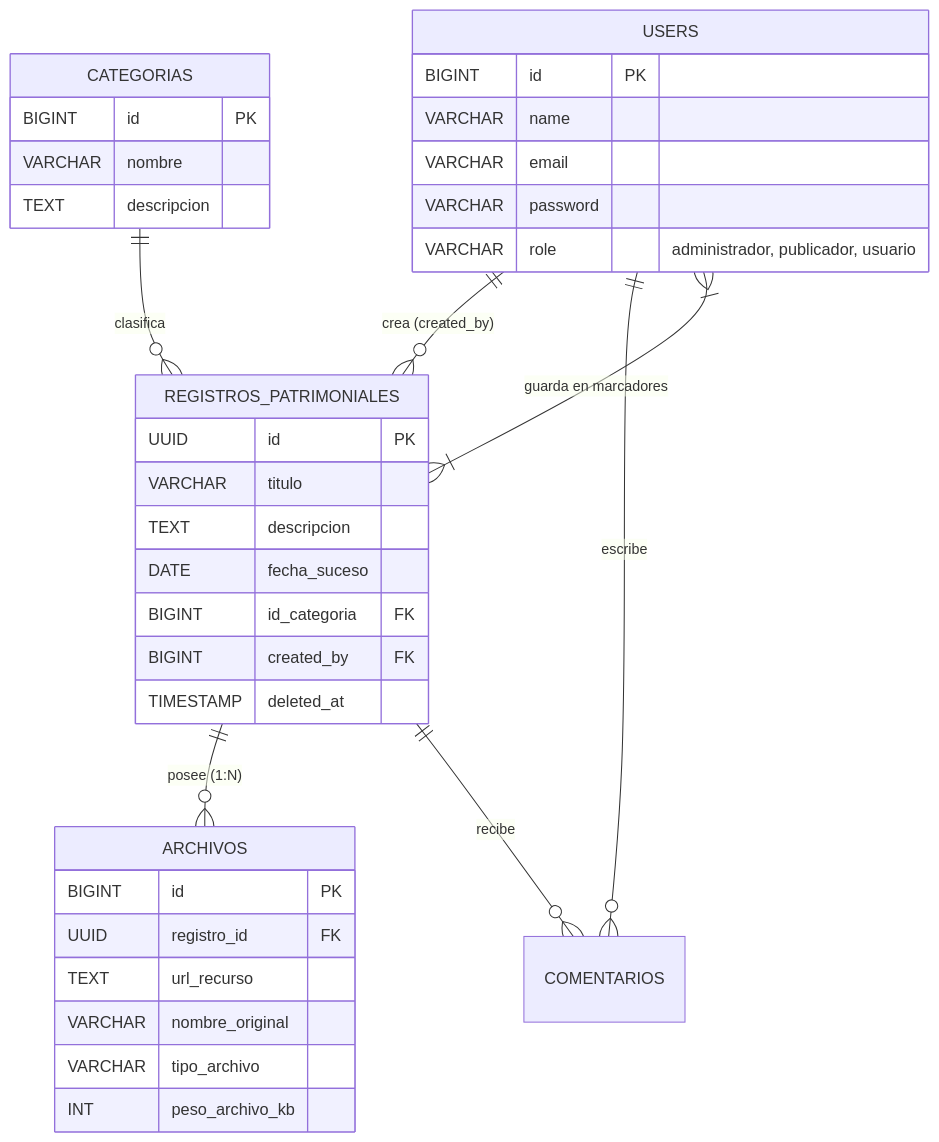
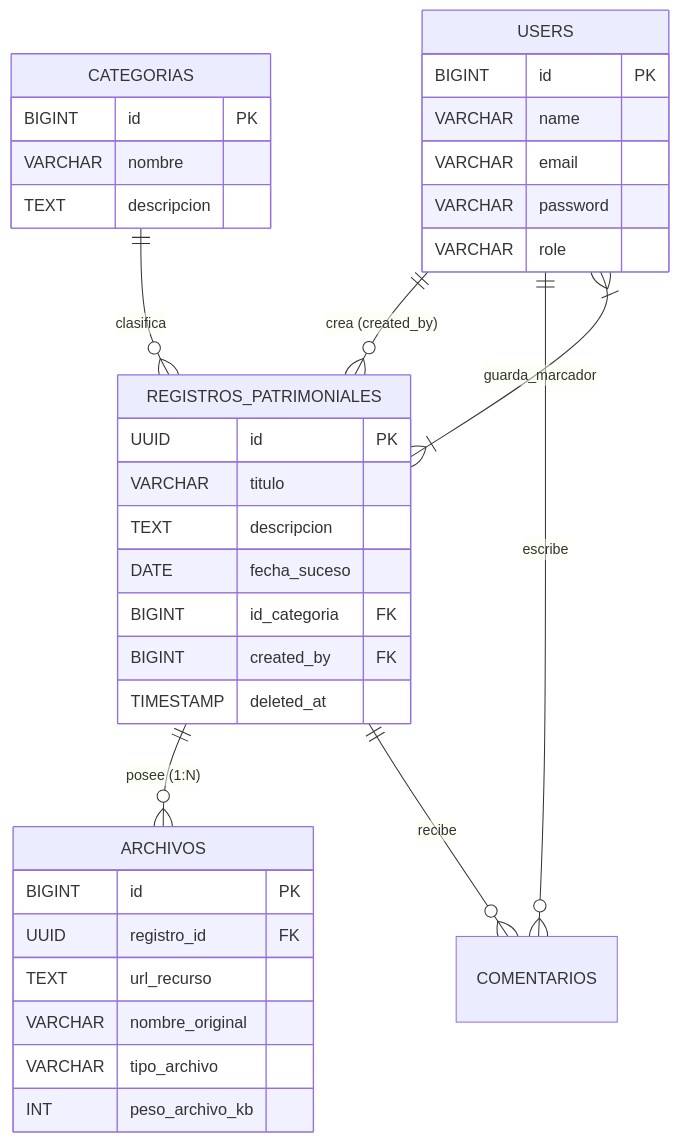
One commit to TLShinobi/SGC changed the second of 5 diagrams in README.md. Above: the diagram before and after it, drawn with Mermaid. The commit also changed other lines of this file, not shown here.

Commit message:
Arreglo de Diagramas

````diff
--- a/README.md
+++ b/README.md
@@ -37,42 +35,42 @@
 ```mermaid
 erDiagram
     USERS ||--o{ REGISTROS_PATRIMONIALES : "crea (created_by)"
     CATEGORIAS ||--o{ REGISTROS_PATRIMONIALES : "clasifica"
     REGISTROS_PATRIMONIALES ||--o{ ARCHIVOS : "posee (1:N)"
     USERS ||--o{ COMENTARIOS : "escribe"
     REGISTROS_PATRIMONIALES ||--o{ COMENTARIOS : "recibe"
-    USERS }|--|{ REGISTROS_PATRIMONIALES : "guarda en marcadores"
+    USERS }|--|{ REGISTROS_PATRIMONIALES : "guarda_marcador"
 
     USERS {
         BIGINT id PK
         VARCHAR name
         VARCHAR email
         VARCHAR password
-        VARCHAR role "administrador, publicador, usuario"
+        VARCHAR role
     }
     
     CATEGORIAS {
         BIGINT id PK
         VARCHAR nombre
         TEXT descripcion
     }
 
     REGISTROS_PATRIMONIALES {
         UUID id PK
         VARCHAR titulo
         TEXT descripcion
         DATE fecha_suceso
         BIGINT id_categoria FK
         BIGINT created_by FK
         TIMESTAMP deleted_at
     }
 
     ARCHIVOS {
         BIGINT id PK
         UUID registro_id FK
         TEXT url_recurso
         VARCHAR nombre_original
         VARCHAR tipo_archivo
         INT peso_archivo_kb
     }
 ```
````
